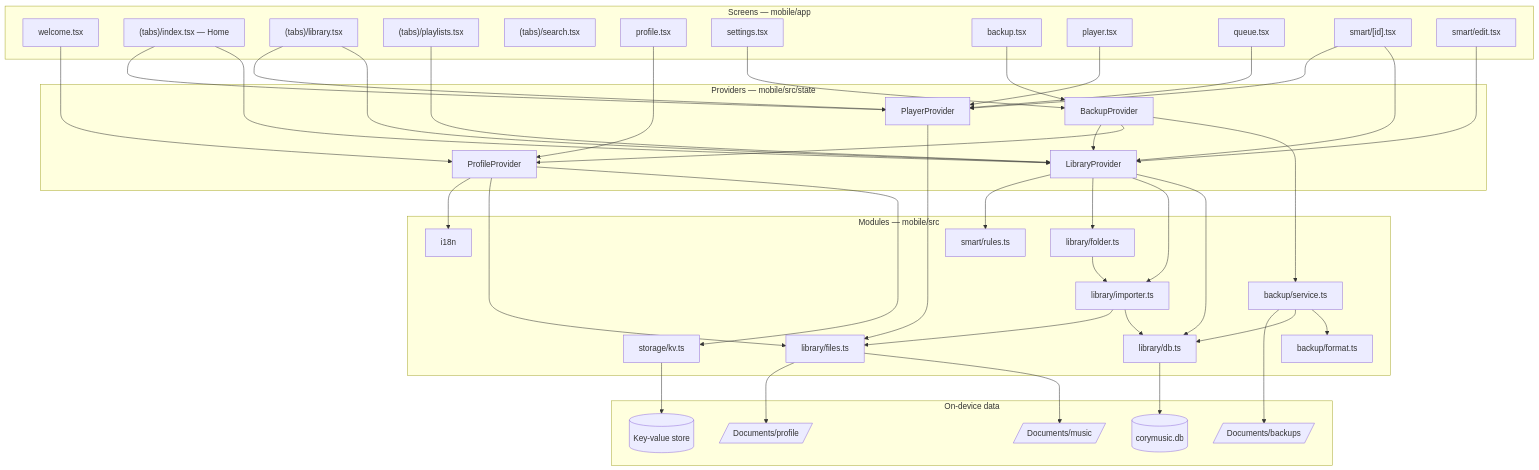
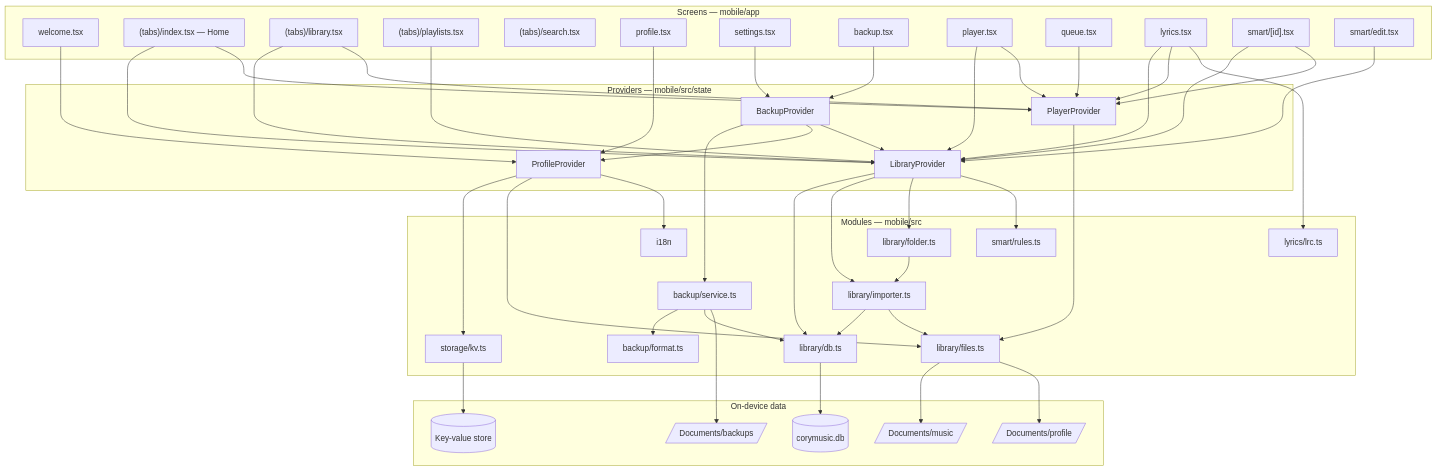
The first of 5 diagrams in docs/ARCHITECTURE.md (sabrinasalomon/CoryMusic), drawn with Mermaid before and after one commit. The commit also changed other lines of this file and 18 other files, not shown here.

````diff
--- a/docs/ARCHITECTURE.md
+++ b/docs/ARCHITECTURE.md
@@ -7,72 +7,75 @@
 ```mermaid
 flowchart TB
     subgraph Screens["Screens — mobile/app"]
         W[welcome.tsx]
         T1["(tabs)/index.tsx — Home"]
         T2["(tabs)/library.tsx"]
         T3["(tabs)/playlists.tsx"]
         T4["(tabs)/search.tsx"]
         P[profile.tsx]
         S[settings.tsx]
         B[backup.tsx]
         NP[player.tsx]
         QU[queue.tsx]
+        LY[lyrics.tsx]
         SD["smart/[id].tsx"]
         SE[smart/edit.tsx]
     end
 
     subgraph State["Providers — mobile/src/state"]
         PP[ProfileProvider]
         LP[LibraryProvider]
         BP[BackupProvider]
         PL[PlayerProvider]
     end
 
     subgraph Modules["Modules — mobile/src"]
         DB[library/db.ts]
         IM[library/importer.ts]
         FO[library/folder.ts]
         FI[library/files.ts]
         RU[smart/rules.ts]
+        LR[lyrics/lrc.ts]
         BF[backup/format.ts]
         BS[backup/service.ts]
         KV[storage/kv.ts]
         I18N[i18n]
     end
 
     subgraph Device["On-device data"]
         SQL[(corymusic.db)]
         KVS[(Key-value store)]
         MUS[/Documents/music/]
         PRO[/Documents/profile/]
         BAK[/Documents/backups/]
     end
 
     W & P --> PP
-    T1 & T2 & T3 & SD & SE --> LP
+    T1 & T2 & T3 & SD & SE & NP & LY --> LP
     B & S --> BP
-    T1 & T2 & SD & NP & QU --> PL
+    T1 & T2 & SD & NP & QU & LY --> PL
+    LY --> LR
 
     PP --> KV
     PP --> FI
     PP --> I18N
     LP --> DB
     LP --> IM
     LP --> FO
     LP --> RU
     BP --> BS
     BP --> PP
     BP --> LP
     PL --> FI
 
     BS --> BF
     BS --> DB
     IM --> DB
     IM --> FI
     FO --> IM
     DB --> SQL
     KV --> KVS
     FI --> MUS
     FI --> PRO
     BS --> BAK
 ```
````
